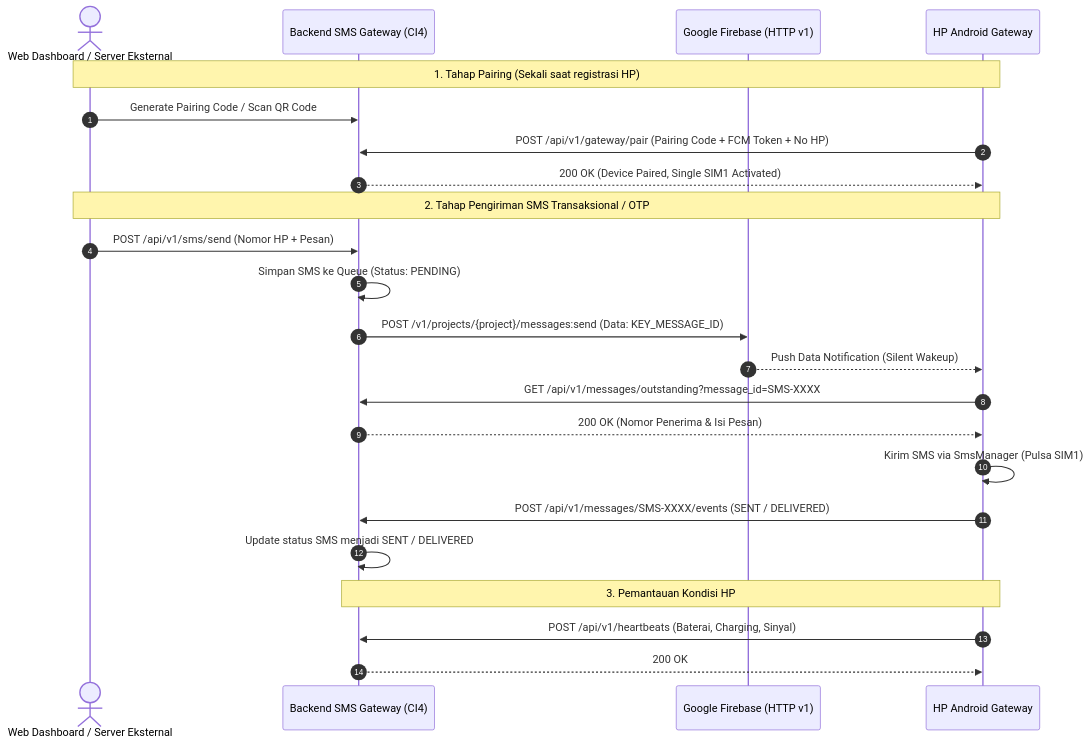
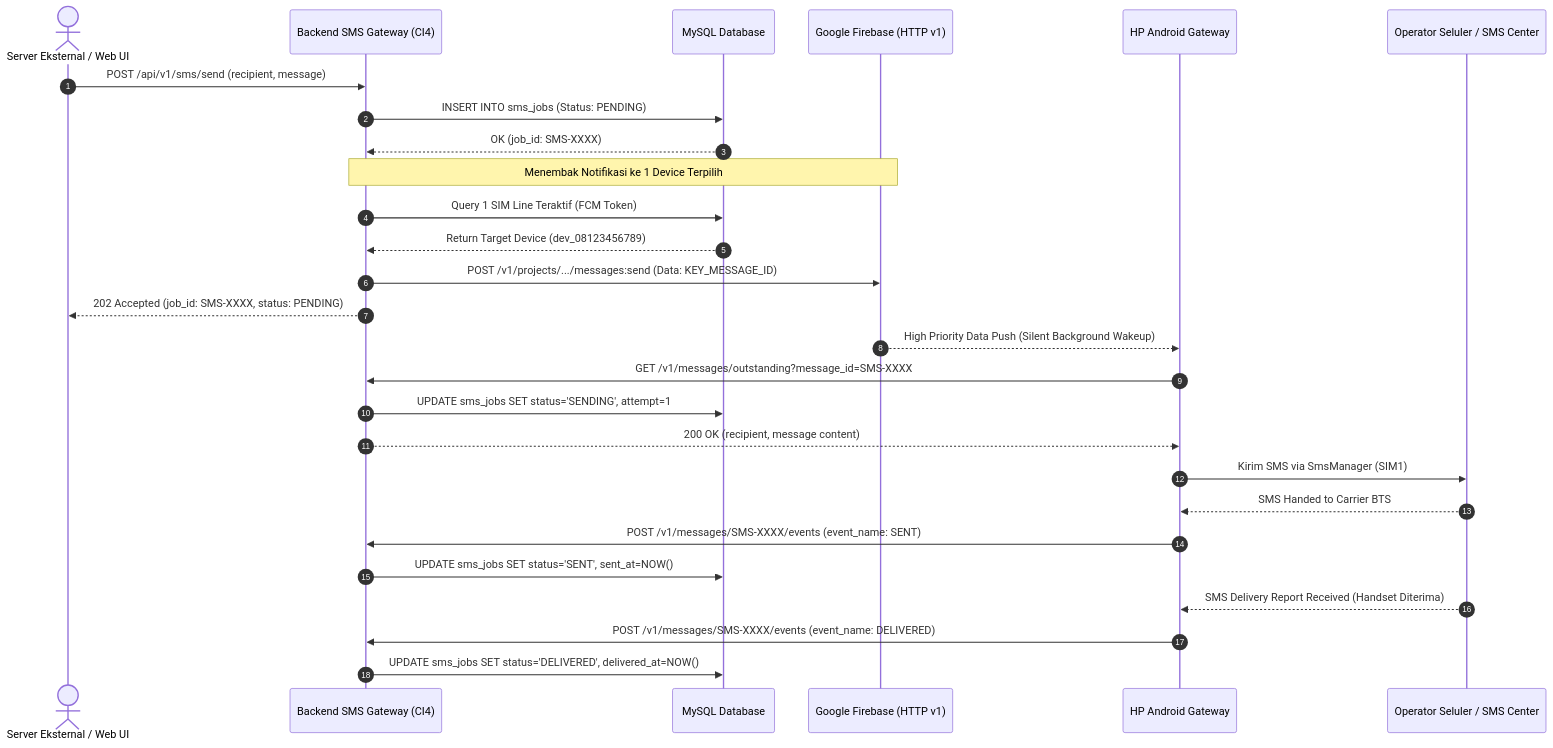
Before and after one commit to sdgede/sms_gateway: the sixth of 6 diagrams in DOKUMENTASI_LENGKAP.md, drawn with Mermaid. The commit also changed other lines of this file and 1 other file, not shown here.

Commit message:
docs: update full system documentation with ERD, flowcharts, sequence diagrams, and MySQL guide

````diff
--- a/DOKUMENTASI_LENGKAP.md
+++ b/DOKUMENTASI_LENGKAP.md
@@ -36,31 +289,34 @@
 ```mermaid
 sequenceDiagram
     autonumber
-    actor Admin as Web Dashboard / Server Eksternal
-    participant Server as Backend SMS Gateway (CI4)
+    actor Client as Server Eksternal / Web UI
+    participant Backend as Backend SMS Gateway (CI4)
+    participant DB as MySQL Database
     participant FCM as Google Firebase (HTTP v1)
     participant Android as HP Android Gateway
+    participant GSM as Operator Seluler / SMS Center
 
-    %% Tahap 1: Pairing
-    Note over Admin,Android: 1. Tahap Pairing (Sekali saat registrasi HP)
-    Admin->>Server: Generate Pairing Code / Scan QR Code
-    Android->>Server: POST /api/v1/gateway/pair (Pairing Code + FCM Token + No HP)
-    Server-->>Android: 200 OK (Device Paired, Single SIM1 Activated)
-
-    %% Tahap 2: Kirim SMS
-    Note over Admin,Android: 2. Tahap Pengiriman SMS Transaksional / OTP
-    Admin->>Server: POST /api/v1/sms/send (Nomor HP + Pesan)
-    Server->>Server: Simpan SMS ke Queue (Status: PENDING)
-    Server->>FCM: POST /v1/projects/{project}/messages:send (Data: KEY_MESSAGE_ID)
-    FCM-->>Android: Push Data Notification (Silent Wakeup)
-    Android->>Server: GET /api/v1/messages/outstanding?message_id=SMS-XXXX
-    Server-->>Android: 200 OK (Nomor Penerima & Isi Pesan)
-    Android->>Android: Kirim SMS via SmsManager (Pulsa SIM1)
-    Android->>Server: POST /api/v1/messages/SMS-XXXX/events (SENT / DELIVERED)
-    Server->>Server: Update status SMS menjadi SENT / DELIVERED
-
-    %% Tahap 3: Heartbeat
-    Note over Android,Server: 3. Pemantauan Kondisi HP
-    Android->>Server: POST /api/v1/heartbeats (Baterai, Charging, Sinyal)
-    Server-->>Android: 200 OK
+    Client->>Backend: POST /api/v1/sms/send (recipient, message)
+    Backend->>DB: INSERT INTO sms_jobs (Status: PENDING)
+    DB-->>Backend: OK (job_id: SMS-XXXX)
+    
+    Note over Backend,FCM: Menembak Notifikasi ke 1 Device Terpilih
+    Backend->>DB: Query 1 SIM Line Teraktif (FCM Token)
+    DB-->>Backend: Return Target Device (dev_08123456789)
+    Backend->>FCM: POST /v1/projects/.../messages:send (Data: KEY_MESSAGE_ID)
+    Backend-->>Client: 202 Accepted (job_id: SMS-XXXX, status: PENDING)
+    
+    FCM-->>Android: High Priority Data Push (Silent Background Wakeup)
+    Android->>Backend: GET /v1/messages/outstanding?message_id=SMS-XXXX
+    Backend->>DB: UPDATE sms_jobs SET status='SENDING', attempt=1
+    Backend-->>Android: 200 OK (recipient, message content)
+    
+    Android->>GSM: Kirim SMS via SmsManager (SIM1)
+    GSM-->>Android: SMS Handed to Carrier BTS
+    Android->>Backend: POST /v1/messages/SMS-XXXX/events (event_name: SENT)
+    Backend->>DB: UPDATE sms_jobs SET status='SENT', sent_at=NOW()
+    
+    GSM-->>Android: SMS Delivery Report Received (Handset Diterima)
+    Android->>Backend: POST /v1/messages/SMS-XXXX/events (event_name: DELIVERED)
+    Backend->>DB: UPDATE sms_jobs SET status='DELIVERED', delivered_at=NOW()
 ```
````
